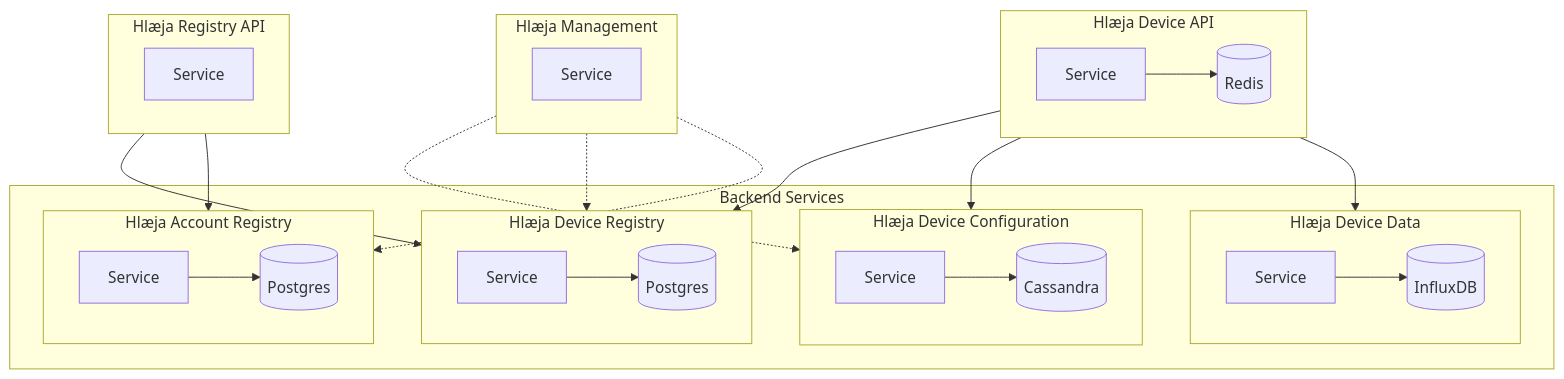
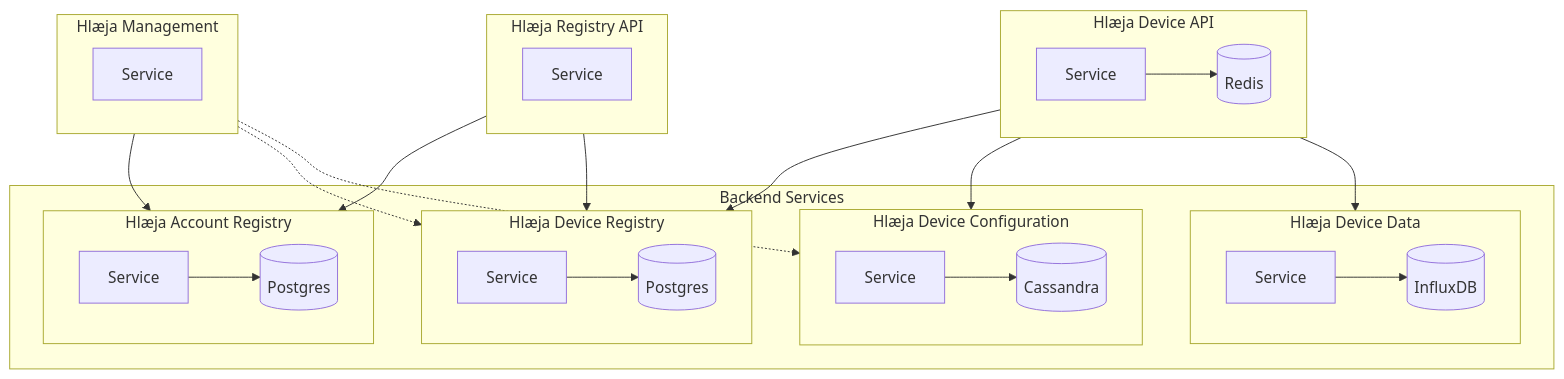
The first of 2 diagrams in doc/dependency.md (swordsteel/hlaeja-development), drawn with Mermaid before and after one commit. The commit also changed other lines of this file and 4 other files, not shown here.

````diff
--- a/doc/dependency.md
+++ b/doc/dependency.md
@@ -5,36 +5,36 @@
 ```mermaid
 graph TD
 ;
   subgraph BE[Backend Services]
     subgraph HDR[Hlæja Device Registry]
       HDRS[Service] --> HDRD[(Postgres)]
     end
     subgraph HDD[Hlæja Device Data]
       HDDS[Service] --> HDDD[(InfluxDB)]
     end
     subgraph HDC[Hlæja Device Configuration]
       HDCS[Service] --> HDCD[(Cassandra)]
     end
     subgraph HAR[Hlæja Account Registry]
       HARS[Service] --> HARD[(Postgres)]
     end
   end
   subgraph HDA[Hlæja Device API]
     HDAS[Service] --> HDAD[(Redis)]
   end
   subgraph HRA[Hlæja Registry API]
     HRAS[Service]
   end
   subgraph HM[Hlæja Management]
     HMS[Service]
   end
 
+  HM --> HAR
+  HM -.-> HDR
+  HM -.-> HDC
   HDA --> HDR
   HDA --> HDC
   HDA --> HDD
+  HRA --> HAR
   HRA --> HDR
-  HRA --> HAR
-  HM -.-> HDC
-  HM -.-> HDR
-  HM -.-> HAR
 ```
````
